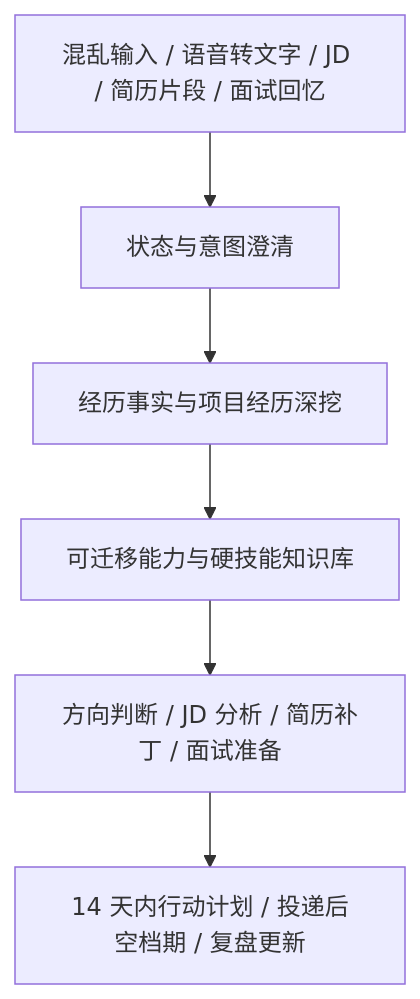
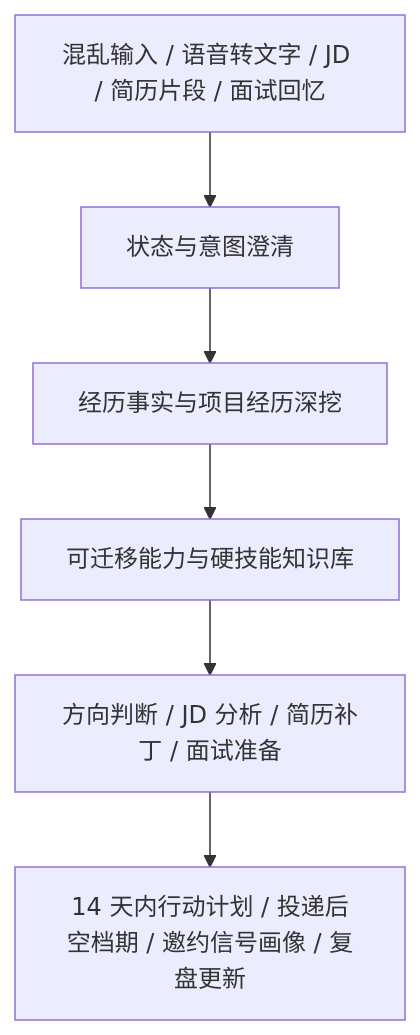
One commit to Errno722/CCC-career-cognition-compass changed the diagram in README.md. Above: the diagram before and after it, drawn with Mermaid. The commit also changed other lines of this file and 37 other files, not shown here.

````diff
--- a/README.md
+++ b/README.md
@@ -87,8 +93,8 @@
 ```mermaid
 flowchart TD
   A["混乱输入 / 语音转文字 / JD / 简历片段 / 面试回忆"] --> B["状态与意图澄清"]
   B --> C["经历事实与项目经历深挖"]
   C --> D["可迁移能力与硬技能知识库"]
   D --> E["方向判断 / JD 分析 / 简历补丁 / 面试准备"]
-  E --> F["14 天内行动计划 / 投递后空档期 / 复盘更新"]
+  E --> F["14 天内行动计划 / 投递后空档期 / 邀约信号画像 / 复盘更新"]
 ```
````
